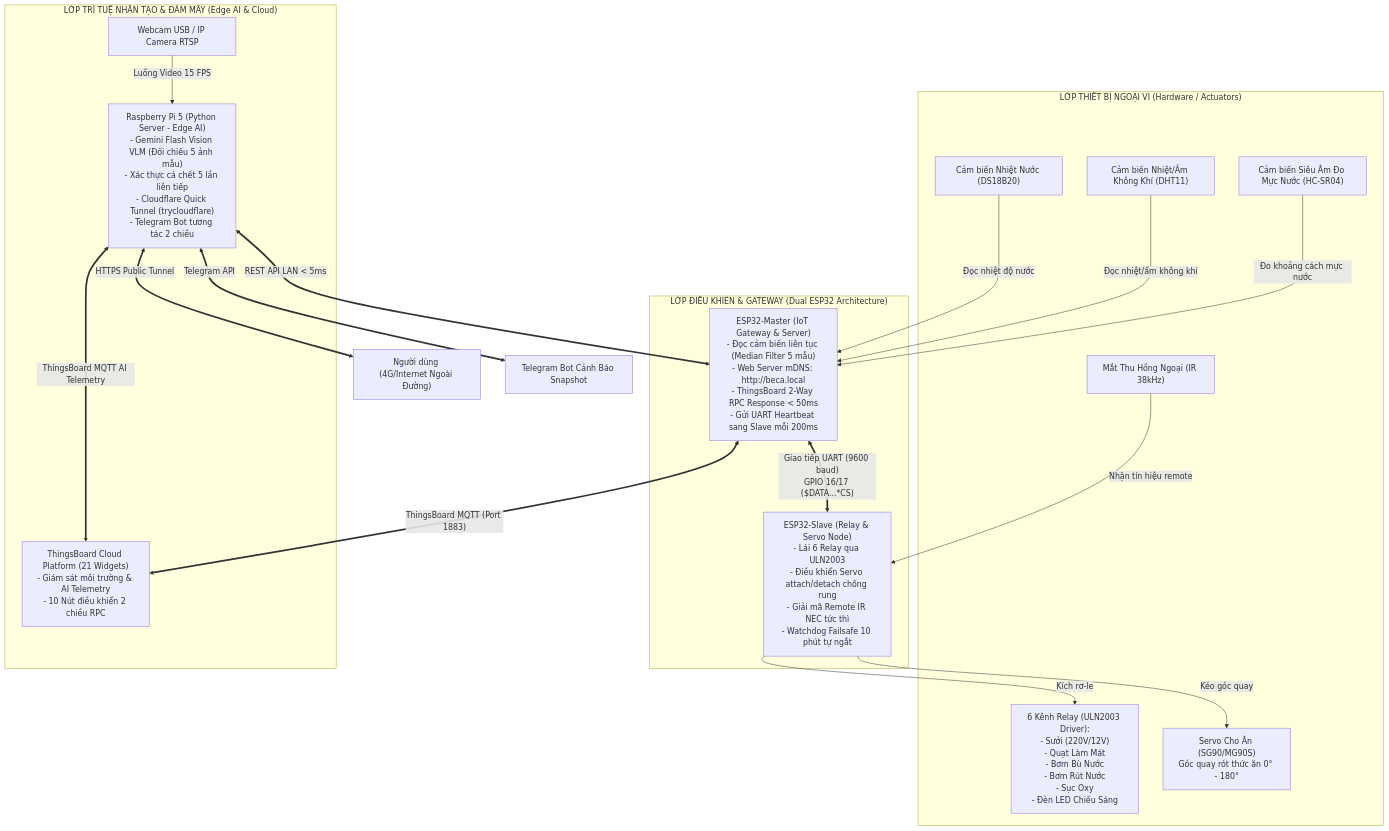
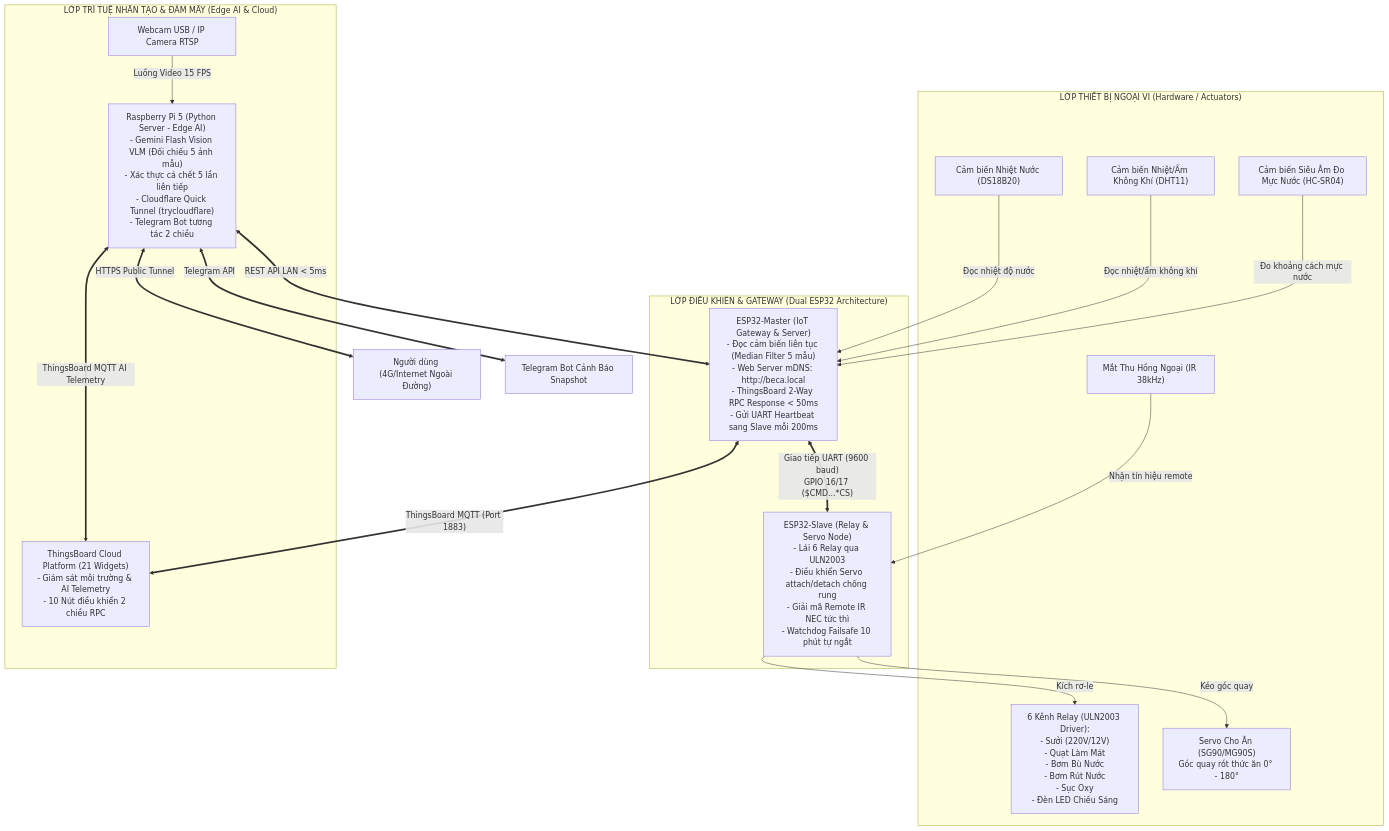
Before and after one commit to talkwitht21-stack/HE_THONG_BE_CA_SIC: the diagram in README.md, drawn with Mermaid. The commit also changed other lines of this file and 2 other files, not shown here.

````diff
--- a/README.md
+++ b/README.md
@@ -47,46 +47,46 @@
 ```mermaid
 graph TD
     %% Khối Ngoại vi
     subgraph HardwareLayer ["LỚP THIẾT BỊ NGOẠI VI (Hardware / Actuators)"]
         DS18B20["Cảm biến Nhiệt Nước (DS18B20)"]
         DHT11["Cảm biến Nhiệt/Ẩm Không Khí (DHT11)"]
         HCSR04["Cảm biến Siêu Âm Đo Mực Nước (HC-SR04)"]
         IR_REC["Mắt Thu Hồng Ngoại (IR 38kHz)"]
         
         RELAYS["6 Kênh Relay (ULN2003 Driver):<br/>- Sưởi (220V/12V)<br/>- Quạt Làm Mát<br/>- Bơm Bù Nước<br/>- Bơm Rút Nước<br/>- Sục Oxy<br/>- Đèn LED Chiếu Sáng"]
         SERVO["Servo Cho Ăn (SG90/MG90S)<br/>Góc quay rót thức ăn 0° - 180°"]
     end
 
     %% Khối Vi Điều Khiển
     subgraph ControllerLayer ["LỚP ĐIỀU KHIỂN & GATEWAY (Dual ESP32 Architecture)"]
         ESPMaster["ESP32-Master (IoT Gateway & Server)<br/>- Đọc cảm biến liên tục (Median Filter 5 mẫu)<br/>- Web Server mDNS: http://beca.local<br/>- ThingsBoard 2-Way RPC Response < 50ms<br/>- Gửi UART Heartbeat sang Slave mỗi 200ms"]
         ESPSlave["ESP32-Slave (Relay & Servo Node)<br/>- Lái 6 Relay qua ULN2003<br/>- Điều khiển Servo attach/detach chống rung<br/>- Giải mã Remote IR NEC tức thì<br/>- Watchdog Failsafe 10 phút tự ngắt"]
     end
 
     %% Khối AI & Đám mây
     subgraph CloudAndAI ["LỚP TRÍ TUỆ NHÂN TẠO & ĐÁM MÂY (Edge AI & Cloud)"]
         Camera["Webcam USB / IP Camera RTSP"]
         RPi5["Raspberry Pi 5 (Python Server - Edge AI)<br/>- Gemini Flash Vision VLM (Đối chiếu 5 ảnh mẫu)<br/>- Xác thực cá chết 5 lần liên tiếp<br/>- Cloudflare Quick Tunnel (trycloudflare)<br/>- Telegram Bot tương tác 2 chiều"]
         ThingsBoard["ThingsBoard Cloud Platform (21 Widgets)<br/>- Giám sát môi trường & AI Telemetry<br/>- 10 Nút điều khiển 2 chiều RPC"]
     end
 
     %% Kết nối
     DS18B20 -->|"Đọc nhiệt độ nước"| ESPMaster
     DHT11 -->|"Đọc nhiệt/ẩm không khí"| ESPMaster
     HCSR04 -->|"Đo khoảng cách mực nước"| ESPMaster
     
     IR_REC -->|"Nhận tín hiệu remote"| ESPSlave
     ESPSlave -->|"Kích rơ-le"| RELAYS
     ESPSlave -->|"Kéo góc quay"| SERVO
 
-    ESPMaster <==>|"Giao tiếp UART (9600 baud)<br/>GPIO 16/17 ($DATA...*CS)"| ESPSlave
+    ESPMaster <==>|"Giao tiếp UART (9600 baud)<br/>GPIO 16/17 ($CMD...*CS)"| ESPSlave
     
     Camera -->|"Luồng Video 15 FPS"| RPi5
     RPi5 <==>|"REST API LAN < 5ms"| ESPMaster
     
     ESPMaster <==>|"ThingsBoard MQTT (Port 1883)"| ThingsBoard
     RPi5 <==>|"ThingsBoard MQTT AI Telemetry"| ThingsBoard
     
     RPi5 <==>|"HTTPS Public Tunnel"| RemoteUser["Người dùng (4G/Internet Ngoài Đường)"]
     RPi5 <==>|"Telegram API"| TgBot["Telegram Bot Cảnh Báo Snapshot"]
 ```
````
